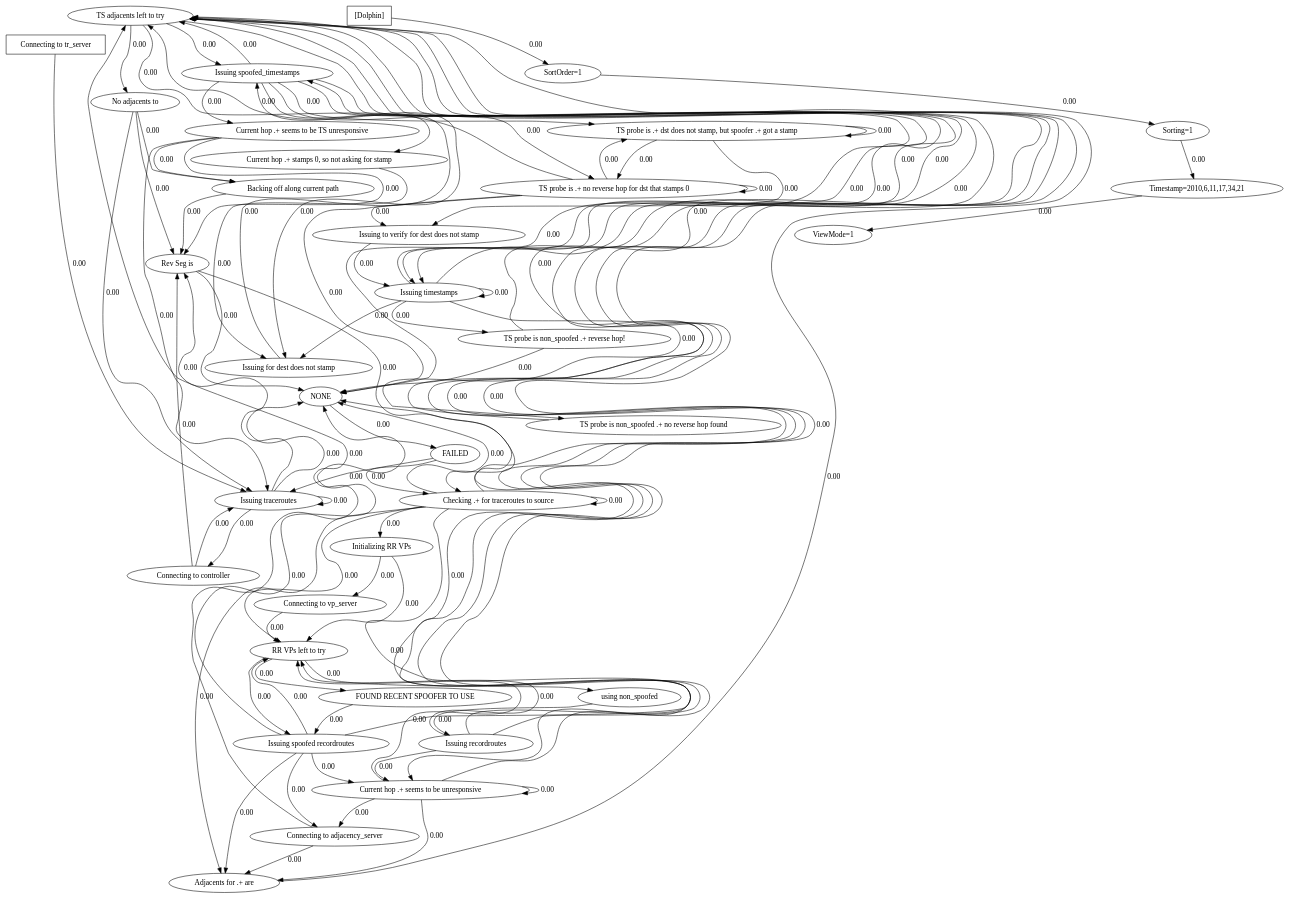
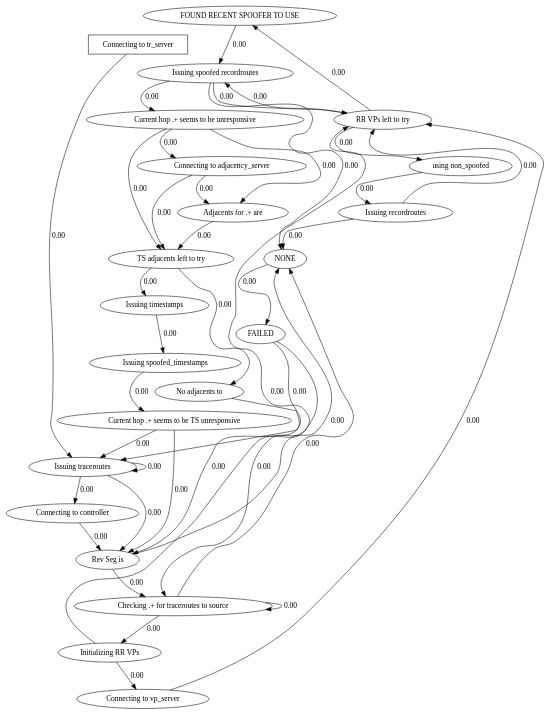
One commit to ModelInference/synoptic changed the diagram in output/reverseTraceroute/input.dot. Above: the diagram before and after it, drawn with Graphviz. The commit also changed 6 other files, not shown here.

```diff
--- a/output/reverseTraceroute/input.dot
+++ b/output/reverseTraceroute/input.dot
@@ -1,124 +1,63 @@
 digraph {
-  906259042 [label="TS adjacents left to try"];
-906259042->1609367329 [label="0.00", weight="0.00"];
-906259042->2054463187 [label="0.00", weight="0.00"];
-906259042->341890224 [label="0.00", weight="0.00"];
-906259042->1848665768 [label="0.00", weight="0.00"];
-  907466781 [label="Backing off along current path"];
-907466781->1273403824 [label="0.00", weight="0.00"];
-  1420852971 [label="Issuing spoofed recordroutes"];
-1420852971->1718126592 [label="0.00", weight="0.00"];
-1420852971->399730538 [label="0.00", weight="0.00"];
-1420852971->906259042 [label="0.00", weight="0.00"];
-1420852971->1764797472 [label="0.00", weight="0.00"];
-1420852971->1867075535 [label="0.00", weight="0.00"];
-1420852971->1080164538 [label="0.00", weight="0.00"];
-  1867075535 [label="Adjacents for .+ are"];
-1867075535->906259042 [label="0.00", weight="0.00"];
-  297872550 [label="TS probe is .+ dst does not stamp, but spoofer .+ got a stamp"];
-297872550->248691802 [label="0.00", weight="0.00"];
-297872550->297872550 [label="0.00", weight="0.00"];
-297872550->1630239043 [label="0.00", weight="0.00"];
-  1764797472 [label="Current hop .+ seems to be unresponsive"];
-1764797472->1718126592 [label="0.00", weight="0.00"];
-1764797472->1764797472 [label="0.00", weight="0.00"];
-1764797472->1080164538 [label="0.00", weight="0.00"];
-1764797472->906259042 [label="0.00", weight="0.00"];
-1764797472->1867075535 [label="0.00", weight="0.00"];
-  732157980 [label="Issuing for dest does not stamp"];
-732157980->2054463187 [label="0.00", weight="0.00"];
-  1273403824 [label="Rev Seg is"];
-1273403824->1541694370 [label="0.00", weight="0.00"];
-1273403824->399730538 [label="0.00", weight="0.00"];
-  1609367329 [label="No adjacents to"];
-1609367329->1273403824 [label="0.00", weight="0.00"];
-1609367329->1488514182 [label="0.00", weight="0.00"];
-1609367329->907466781 [label="0.00", weight="0.00"];
-  1708495747 [label="Timestamp=2010,6,11,17,34,21"];
-1708495747->1212078955 [label="0.00", weight="0.00"];
-  2027708181 [label="Issuing recordroutes"];
-2027708181->1718126592 [label="0.00", weight="0.00"];
-2027708181->399730538 [label="0.00", weight="0.00"];
-2027708181->1764797472 [label="0.00", weight="0.00"];
-2027708181->906259042 [label="0.00", weight="0.00"];
-  2054463187 [label="Issuing spoofed_timestamps"];
-2054463187->1646122075 [label="0.00", weight="0.00"];
-2054463187->906259042 [label="0.00", weight="0.00"];
-2054463187->1630239043 [label="0.00", weight="0.00"];
-2054463187->399730538 [label="0.00", weight="0.00"];
-2054463187->297872550 [label="0.00", weight="0.00"];
-2054463187->732157980 [label="0.00", weight="0.00"];
-2054463187->341890224 [label="0.00", weight="0.00"];
-  257728957 [label="using non_spoofed"];
-257728957->2027708181 [label="0.00", weight="0.00"];
-  341890224 [label="Issuing timestamps"];
-341890224->2120707443 [label="0.00", weight="0.00"];
-341890224->2054463187 [label="0.00", weight="0.00"];
-341890224->276043966 [label="0.00", weight="0.00"];
-341890224->906259042 [label="0.00", weight="0.00"];
-341890224->341890224 [label="0.00", weight="0.00"];
-341890224->732157980 [label="0.00", weight="0.00"];
-  1630239043 [label="TS probe is .+ no reverse hop for dst that stamps 0"];
-1630239043->1630239043 [label="0.00", weight="0.00"];
-1630239043->906259042 [label="0.00", weight="0.00"];
-1630239043->399730538 [label="0.00", weight="0.00"];
-1630239043->248691802 [label="0.00", weight="0.00"];
-1630239043->297872550 [label="0.00", weight="0.00"];
-  176064300 [label="FAILED"];
-176064300->1541694370 [label="0.00", weight="0.00"];
-176064300->1488514182 [label="0.00", weight="0.00"];
-  399730538 [label="NONE"];
-399730538->176064300 [label="0.00", weight="0.00"];
-  248691802 [label="Issuing to verify for dest does not stamp"];
-248691802->341890224 [label="0.00", weight="0.00"];
-  365327273 [label="Initializing RR VPs"];
-365327273->1718126592 [label="0.00", weight="0.00"];
-365327273->1831227275 [label="0.00", weight="0.00"];
-  753701905 [label="Connecting to tr_server",shape=box];
-753701905->1488514182 [label="0.00", weight="0.00"];
-  943905242 [label="FOUND RECENT SPOOFER TO USE"];
-943905242->1420852971 [label="0.00", weight="0.00"];
-  276043966 [label="TS probe is non_spoofed .+ reverse hop!"];
-276043966->399730538 [label="0.00", weight="0.00"];
-276043966->906259042 [label="0.00", weight="0.00"];
-  1488514182 [label="Issuing traceroutes"];
-1488514182->1273403824 [label="0.00", weight="0.00"];
-1488514182->1488514182 [label="0.00", weight="0.00"];
-1488514182->942304350 [label="0.00", weight="0.00"];
-1488514182->399730538 [label="0.00", weight="0.00"];
-  1541694370 [label="Checking .+ for traceroutes to source"];
-1541694370->365327273 [label="0.00", weight="0.00"];
-1541694370->1541694370 [label="0.00", weight="0.00"];
-1541694370->399730538 [label="0.00", weight="0.00"];
-1541694370->1718126592 [label="0.00", weight="0.00"];
-1541694370->1764797472 [label="0.00", weight="0.00"];
-1541694370->906259042 [label="0.00", weight="0.00"];
-1541694370->1867075535 [label="0.00", weight="0.00"];
-  1080164538 [label="Connecting to adjacency_server"];
-1080164538->906259042 [label="0.00", weight="0.00"];
-1080164538->1867075535 [label="0.00", weight="0.00"];
-  1718126592 [label="RR VPs left to try"];
-1718126592->943905242 [label="0.00", weight="0.00"];
-1718126592->1420852971 [label="0.00", weight="0.00"];
-1718126592->257728957 [label="0.00", weight="0.00"];
-  2120707443 [label="TS probe is non_spoofed .+ no reverse hop found"];
-2120707443->906259042 [label="0.00", weight="0.00"];
-  759939152 [label="SortOrder=1"];
-759939152->806519038 [label="0.00", weight="0.00"];
-  942304350 [label="Connecting to controller"];
-942304350->1273403824 [label="0.00", weight="0.00"];
-942304350->1488514182 [label="0.00", weight="0.00"];
-  1831227275 [label="Connecting to vp_server"];
-1831227275->1718126592 [label="0.00", weight="0.00"];
-  381121243 [label="[Dolphin]",shape=box];
-381121243->759939152 [label="0.00", weight="0.00"];
-  1646122075 [label="Current hop .+ seems to be TS unresponsive"];
-1646122075->1273403824 [label="0.00", weight="0.00"];
-1646122075->907466781 [label="0.00", weight="0.00"];
-1646122075->1488514182 [label="0.00", weight="0.00"];
-  1212078955 [label="ViewMode=1"];
-  806519038 [label="Sorting=1"];
-806519038->1708495747 [label="0.00", weight="0.00"];
-  1848665768 [label="Current hop .+ stamps 0, so not asking for stamp"];
-1848665768->732157980 [label="0.00", weight="0.00"];
+  876281732 [label="FOUND RECENT SPOOFER TO USE"];
+876281732->431900535 [label="0.00", weight="0.00"];
+  1682362920 [label="RR VPs left to try"];
+1682362920->876281732 [label="0.00", weight="0.00"];
+1682362920->648535353 [label="0.00", weight="0.00"];
+1682362920->431900535 [label="0.00", weight="0.00"];
+  1703900038 [label="Issuing recordroutes"];
+1703900038->1682362920 [label="0.00", weight="0.00"];
+1703900038->451982499 [label="0.00", weight="0.00"];
+  457564885 [label="No adjacents to"];
+457564885->1384077551 [label="0.00", weight="0.00"];
+  431900535 [label="Issuing spoofed recordroutes"];
+431900535->451982499 [label="0.00", weight="0.00"];
+431900535->1682362920 [label="0.00", weight="0.00"];
+431900535->462947888 [label="0.00", weight="0.00"];
+  1943219781 [label="Connecting to controller"];
+1943219781->1384077551 [label="0.00", weight="0.00"];
+  1542466437 [label="Adjacents for .+ are"];
+1542466437->763555691 [label="0.00", weight="0.00"];
+  820201254 [label="Issuing traceroutes"];
+820201254->1384077551 [label="0.00", weight="0.00"];
+820201254->820201254 [label="0.00", weight="0.00"];
+820201254->1943219781 [label="0.00", weight="0.00"];
+  1384077551 [label="Rev Seg is"];
+1384077551->451982499 [label="0.00", weight="0.00"];
+1384077551->1454169346 [label="0.00", weight="0.00"];
+  1454169346 [label="Checking .+ for traceroutes to source"];
+1454169346->451982499 [label="0.00", weight="0.00"];
+1454169346->1454169346 [label="0.00", weight="0.00"];
+1454169346->1860295362 [label="0.00", weight="0.00"];
+  1755659748 [label="Connecting to adjacency_server"];
+1755659748->1542466437 [label="0.00", weight="0.00"];
+1755659748->763555691 [label="0.00", weight="0.00"];
+  753505921 [label="Connecting to tr_server",shape=box];
+753505921->820201254 [label="0.00", weight="0.00"];
+  763555691 [label="TS adjacents left to try"];
+763555691->769732461 [label="0.00", weight="0.00"];
+763555691->457564885 [label="0.00", weight="0.00"];
+  1865707812 [label="Issuing spoofed_timestamps"];
+1865707812->1958303722 [label="0.00", weight="0.00"];
+  1958303722 [label="Current hop .+ seems to be TS unresponsive"];
+1958303722->1384077551 [label="0.00", weight="0.00"];
+1958303722->820201254 [label="0.00", weight="0.00"];
+  424945885 [label="FAILED"];
+424945885->1454169346 [label="0.00", weight="0.00"];
+424945885->820201254 [label="0.00", weight="0.00"];
+  451982499 [label="NONE"];
+451982499->424945885 [label="0.00", weight="0.00"];
+  462947888 [label="Current hop .+ seems to be unresponsive"];
+462947888->1542466437 [label="0.00", weight="0.00"];
+462947888->1755659748 [label="0.00", weight="0.00"];
+462947888->763555691 [label="0.00", weight="0.00"];
+  648535353 [label="using non_spoofed"];
+648535353->1703900038 [label="0.00", weight="0.00"];
+  1860295362 [label="Initializing RR VPs"];
+1860295362->1682362920 [label="0.00", weight="0.00"];
+1860295362->154082288 [label="0.00", weight="0.00"];
+  154082288 [label="Connecting to vp_server"];
+154082288->1682362920 [label="0.00", weight="0.00"];
+  769732461 [label="Issuing timestamps"];
+769732461->1865707812 [label="0.00", weight="0.00"];
 } // digraph
```
